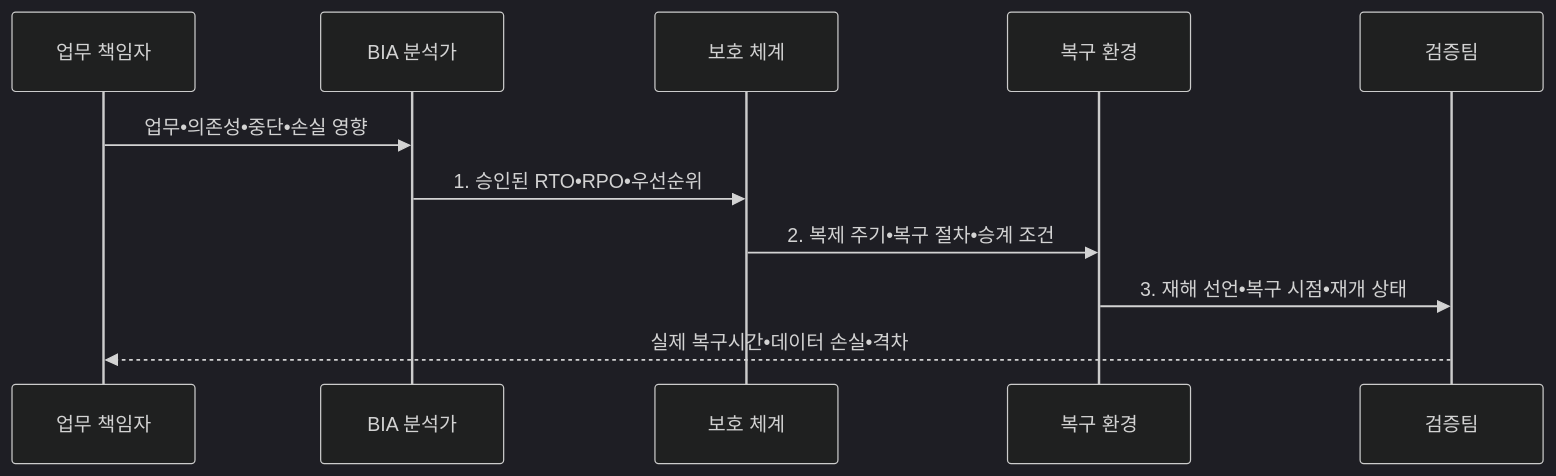
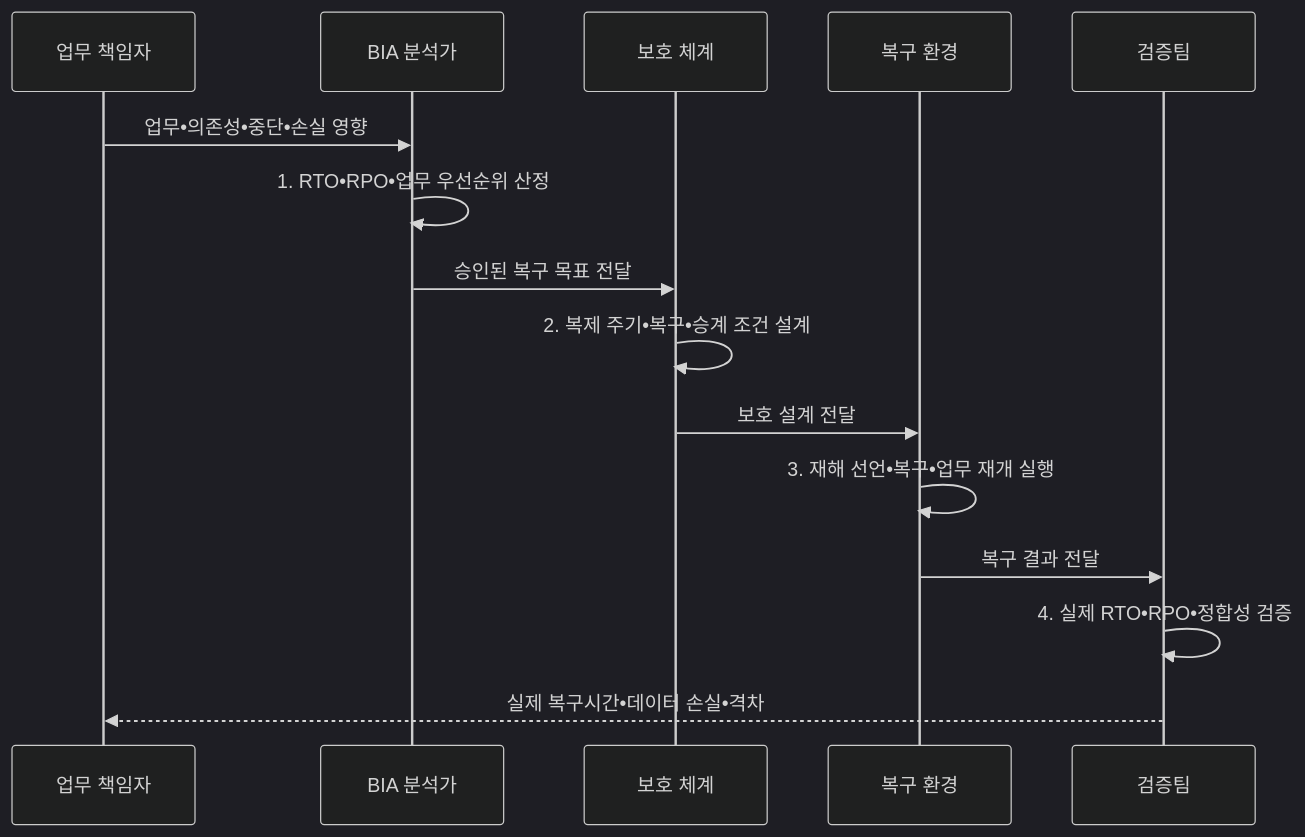
The second of 2 diagrams in src/content/docs/notes/06-evaluation/020_rto_rpo.md (agnusdei1207/knowledge-base), drawn with Mermaid (dark theme) before and after one commit. The commit also changed other lines of this file and 20 other files, not shown here.

````diff
--- a/src/content/docs/notes/06-evaluation/020_rto_rpo.md
+++ b/src/content/docs/notes/06-evaluation/020_rto_rpo.md
@@ -102,13 +102,17 @@
 ```mermaid
 sequenceDiagram
   participant O as 업무 책임자
   participant A as BIA 분석가
   participant B as 보호 체계
   participant R as 복구 환경
   participant V as 검증팀
   O->>A: 업무•의존성•중단•손실 영향
-  A->>B: 1. 승인된 RTO•RPO•우선순위
-  B->>R: 2. 복제 주기•복구 절차•승계 조건
-  R->>V: 3. 재해 선언•복구 시점•재개 상태
+  A->>A: 1. RTO•RPO•업무 우선순위 산정
+  A->>B: 승인된 복구 목표 전달
+  B->>B: 2. 복제 주기•복구•승계 조건 설계
+  B->>R: 보호 설계 전달
+  R->>R: 3. 재해 선언•복구•업무 재개 실행
+  R->>V: 복구 결과 전달
+  V->>V: 4. 실제 RTO•RPO•정합성 검증
   V-->>O: 실제 복구시간•데이터 손실•격차
 ```
````
